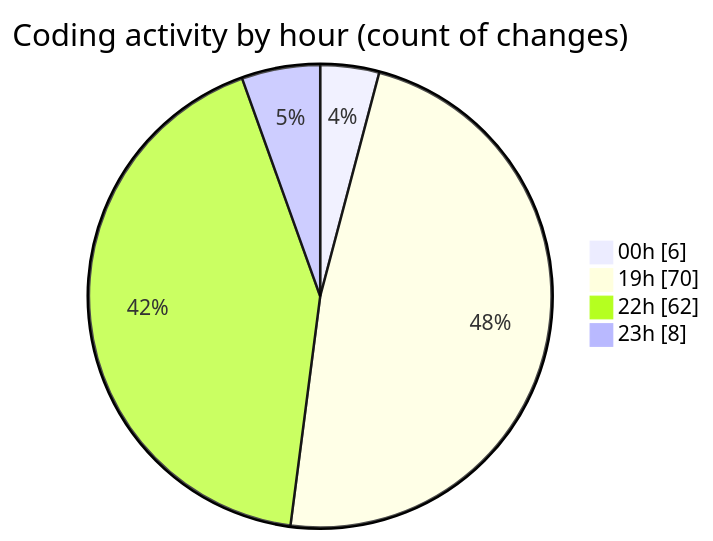
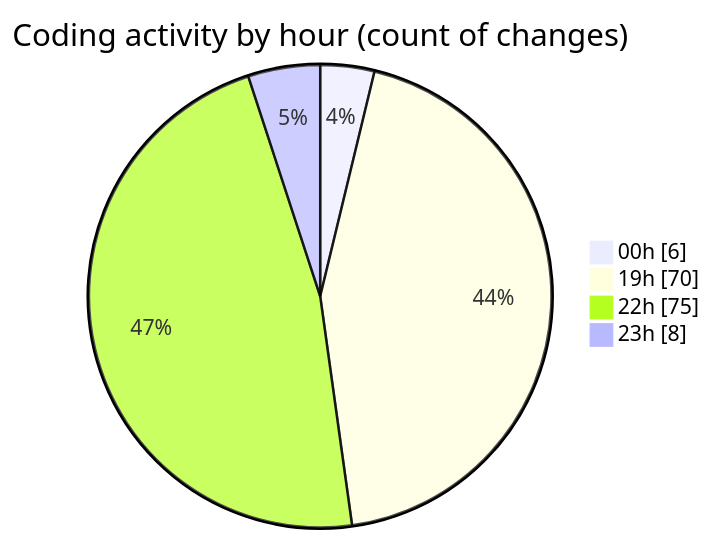
The second of 2 diagrams in 2025-08-05/javascript/README.md (Ritupan-Deka/code-tracking), drawn with Mermaid before and after one commit. The commit also changed other lines of this file and 1 other file, not shown here.

````diff
--- a/2025-08-05/javascript/README.md
+++ b/2025-08-05/javascript/README.md
@@ -30,8 +30,8 @@
 ```mermaid
 pie showData
 title Coding activity by hour (count of changes)
 "00h" : 6
 "19h" : 70
-"22h" : 62
+"22h" : 75
 "23h" : 8
 ```
````
